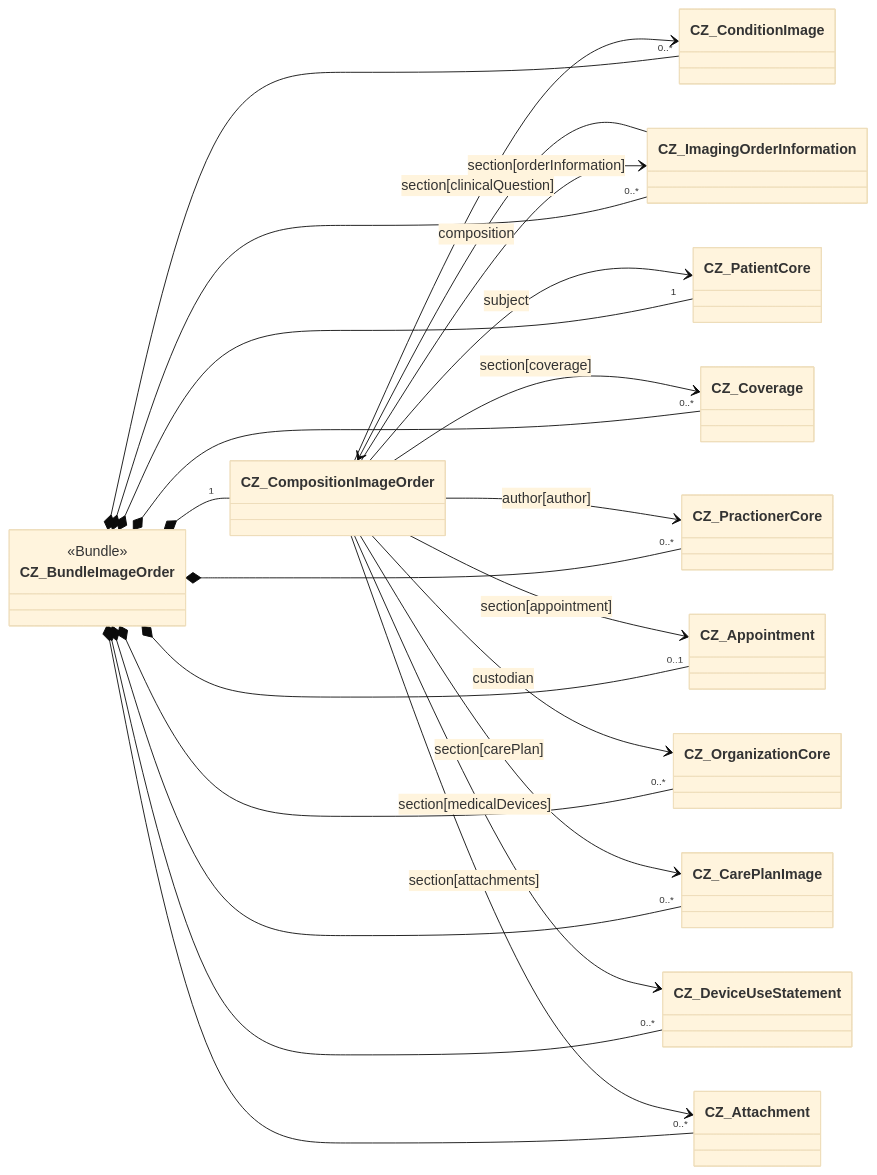
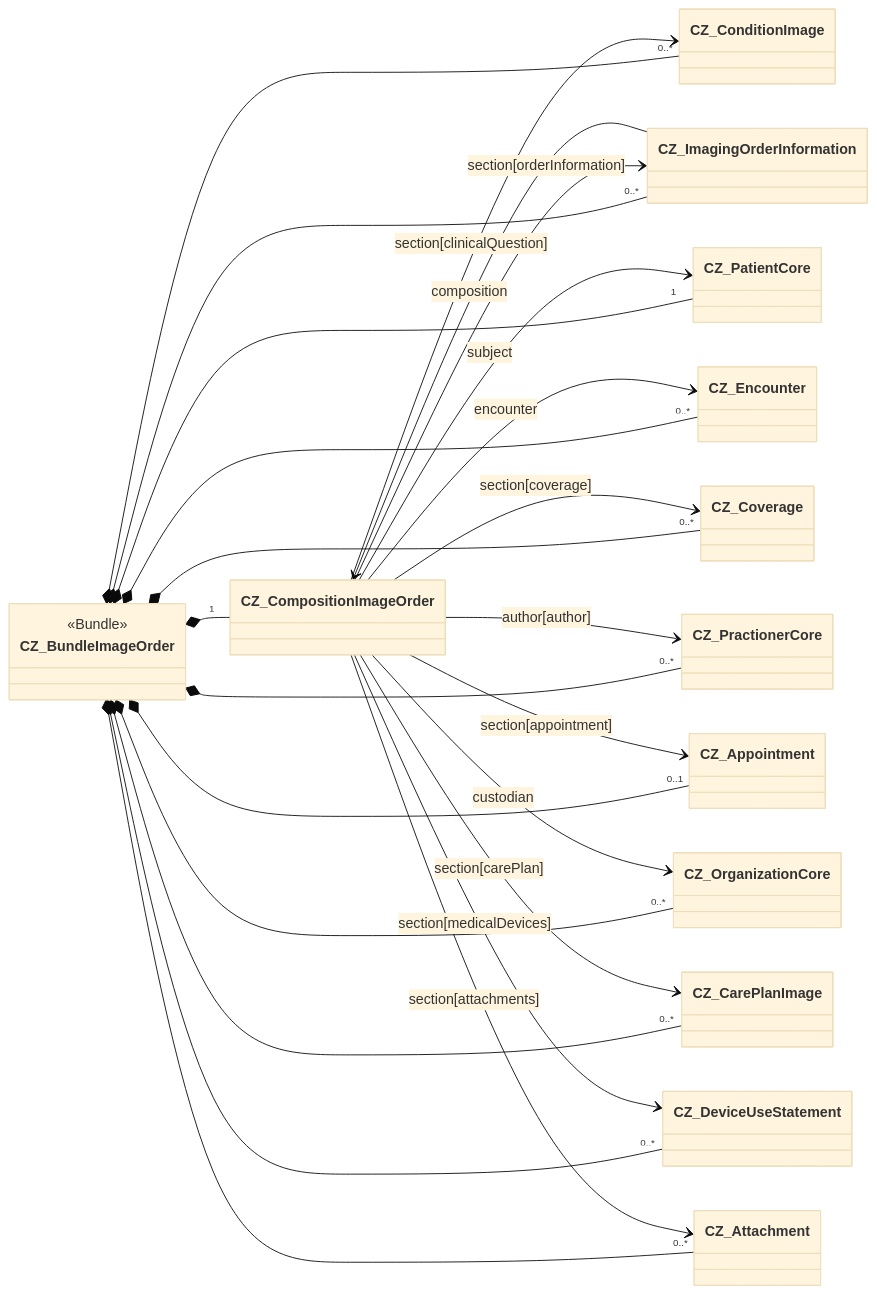
One commit to HL7-cz/img-order changed the diagram in input/pagecontent/implementation-notes-cs.md. Above: the diagram before and after it, drawn with Mermaid (base theme). The commit also changed 3 other files, not shown here.

````diff
--- a/input/pagecontent/implementation-notes-cs.md
+++ b/input/pagecontent/implementation-notes-cs.md
@@ -6,32 +6,34 @@
 ```mermaid
 classDiagram
   direction LR
   class CZ_BundleImageOrder{
     <<Bundle>>
   }
   CZ_BundleImageOrder *-- "1" CZ_CompositionImageOrder
   CZ_BundleImageOrder *-- "1" CZ_PatientCore
   CZ_BundleImageOrder *-- "0..*" CZ_ImagingOrderInformation
   CZ_BundleImageOrder *-- "0..*" CZ_ConditionImage
   CZ_BundleImageOrder *-- "0..*" CZ_Coverage
+  CZ_BundleImageOrder *-- "0..*" CZ_Encounter
   CZ_BundleImageOrder *-- "0..1" CZ_Appointment
   CZ_BundleImageOrder *-- "0..*" CZ_CarePlanImage
   CZ_BundleImageOrder *-- "0..*" CZ_PractionerCore
   CZ_BundleImageOrder *-- "0..*" CZ_OrganizationCore
   CZ_BundleImageOrder *-- "0..*" CZ_DeviceUseStatement
   CZ_BundleImageOrder *-- "0..*" CZ_Attachment
 
   CZ_ImagingOrderInformation --> CZ_CompositionImageOrder: composition
   
   CZ_CompositionImageOrder --> CZ_ImagingOrderInformation: section[orderInformation]
   CZ_CompositionImageOrder --> CZ_ConditionImage: section[clinicalQuestion]
   CZ_CompositionImageOrder --> CZ_PractionerCore: author[author]
+  CZ_CompositionImageOrder --> CZ_Encounter: encounter
   CZ_CompositionImageOrder --> CZ_OrganizationCore: custodian
   CZ_CompositionImageOrder --> CZ_PatientCore: subject
   CZ_CompositionImageOrder --> CZ_Coverage: section[coverage]
   CZ_CompositionImageOrder --> CZ_Appointment: section[appointment]
   CZ_CompositionImageOrder --> CZ_CarePlanImage: section[carePlan]
   CZ_CompositionImageOrder --> CZ_DeviceUseStatement: section[medicalDevices]
   CZ_CompositionImageOrder --> CZ_Attachment: section[attachments]
 
 ```
````
